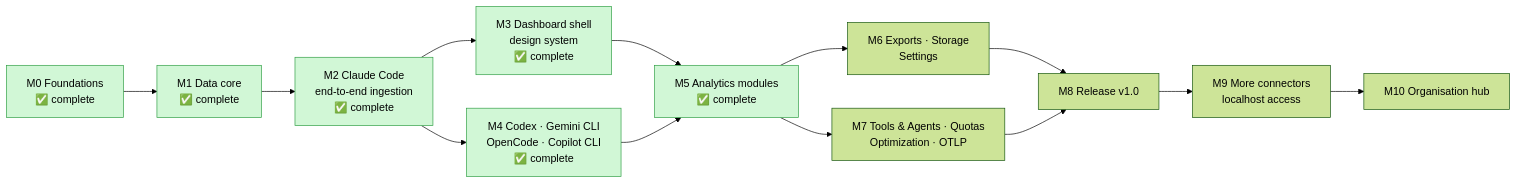
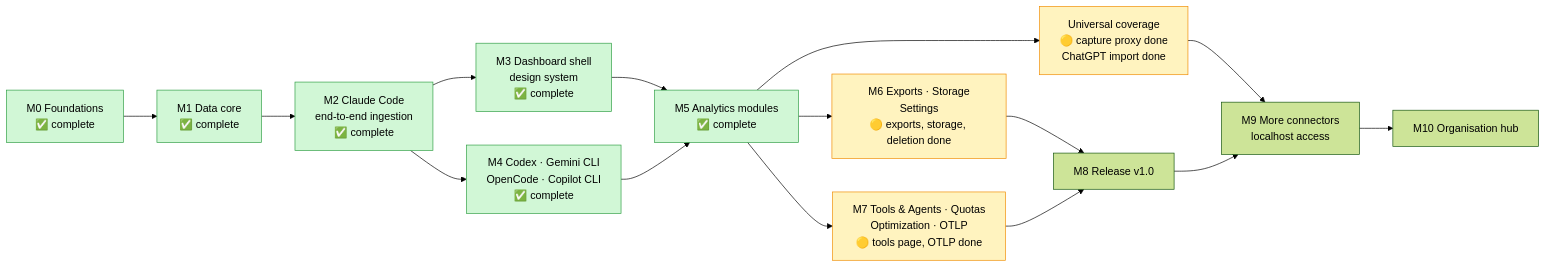
Diagram 21 of 21 in README.md (akanjb/VEYRA), drawn with Mermaid (forest theme) before and after one commit. The commit also changed other lines of this file and 43 other files, not shown here.

First line of the commit message:
Import usage from the ChatGPT data export

````diff
--- a/README.md
+++ b/README.md
@@ -876,16 +908,19 @@
 ```mermaid
 flowchart LR
   M0[M0 Foundations<br/>✅ complete]:::done --> M1[M1 Data core<br/>✅ complete]:::done
   M1 --> M2[M2 Claude Code<br/>end-to-end ingestion<br/>✅ complete]:::done
   M2 --> M3[M3 Dashboard shell<br/>design system<br/>✅ complete]:::done
   M2 --> M4[M4 Codex · Gemini CLI<br/>OpenCode · Copilot CLI<br/>✅ complete]:::done
   M3 --> M5[M5 Analytics modules<br/>✅ complete]:::done
   M4 --> M5
-  M5 --> M6[M6 Exports · Storage<br/>Settings]
-  M5 --> M7[M7 Tools & Agents · Quotas<br/>Optimization · OTLP]
+  M5 --> M6[M6 Exports · Storage<br/>Settings<br/>🟡 exports, storage, deletion done]:::part
+  M5 --> M7[M7 Tools & Agents · Quotas<br/>Optimization · OTLP<br/>🟡 tools page, OTLP done]:::part
+  M5 --> UC[Universal coverage<br/>🟡 capture proxy done<br/>ChatGPT import done]:::part
   M6 --> M8[M8 Release v1.0]
   M7 --> M8
+  UC --> M9
   M8 --> M9[M9 More connectors<br/>localhost access]
   M9 --> M10[M10 Organisation hub]
   classDef done fill:#d1f7d6,stroke:#2f9e44
+  classDef part fill:#fff3bf,stroke:#f08c00
 ```
````
